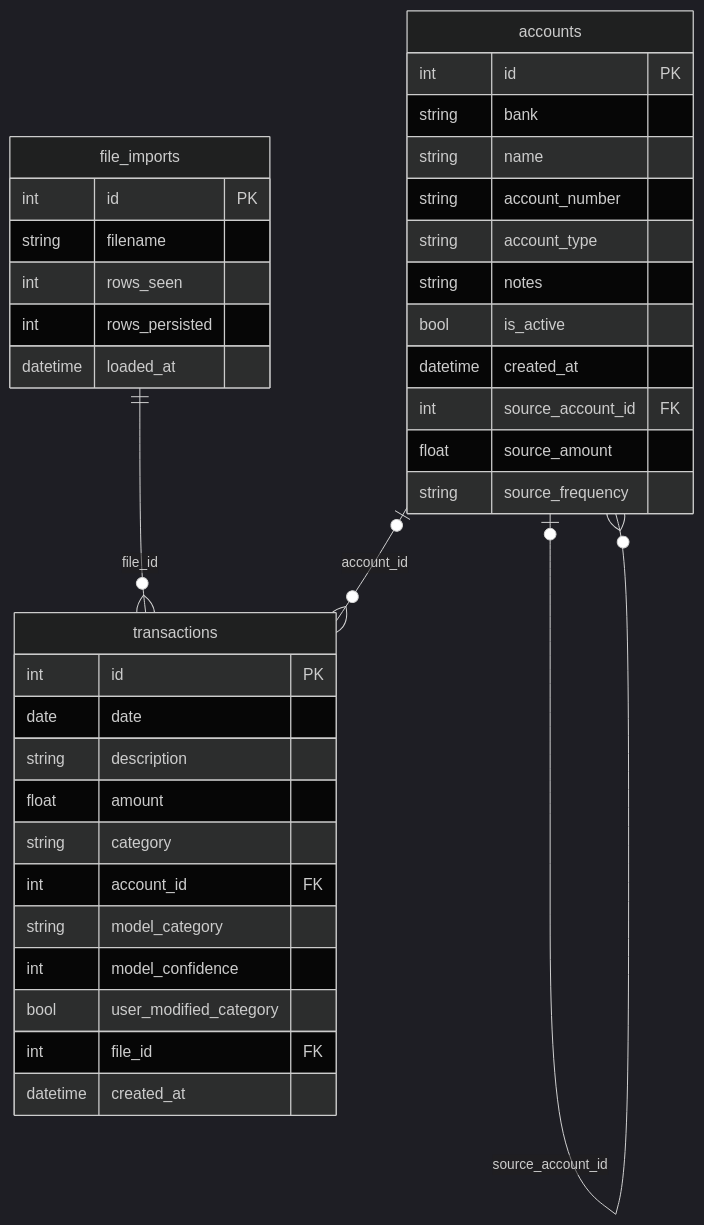
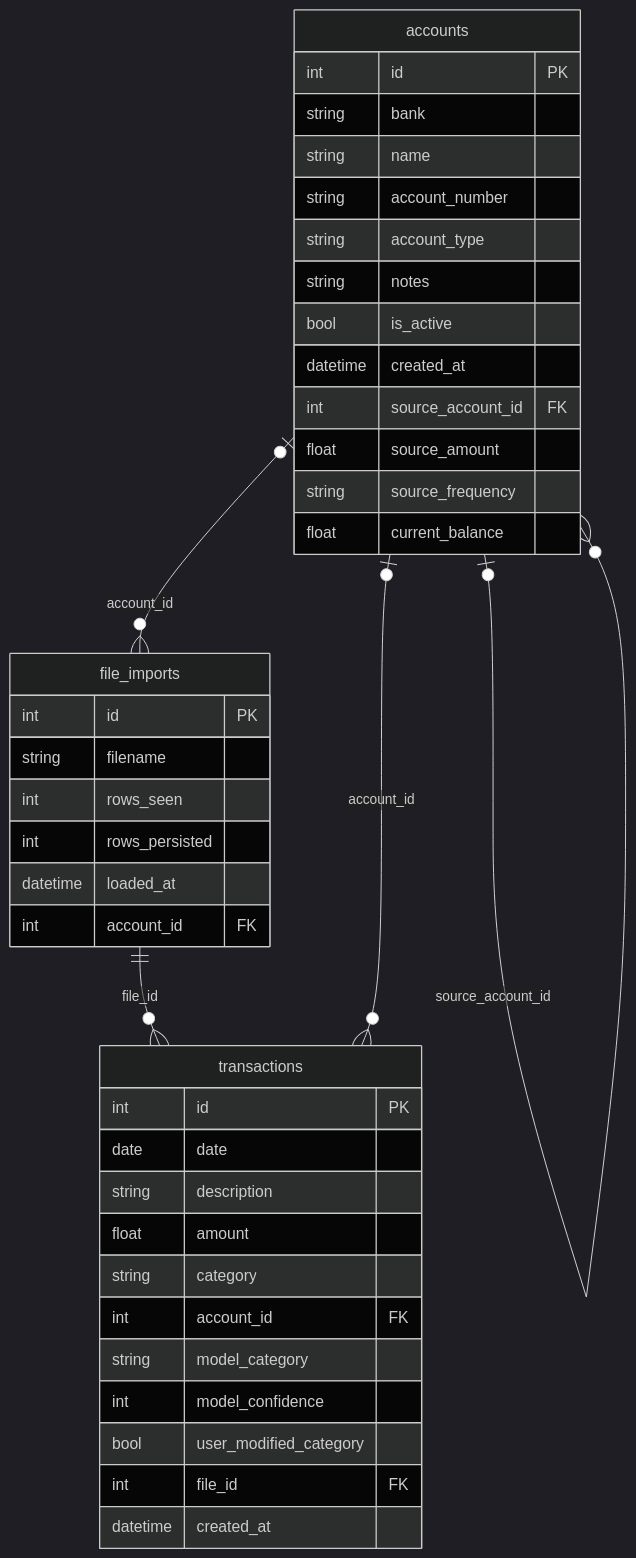
The diagram in README.md (ag-sd/faresight), drawn with Mermaid (dark theme) before and after one commit. The commit also changed 14 other files, not shown here.

````diff
--- a/README.md
+++ b/README.md
@@ -173,42 +173,45 @@
 ```mermaid
 erDiagram
     file_imports {
         int      id           PK
         string   filename
         int      rows_seen
         int      rows_persisted
         datetime loaded_at
+        int      account_id   FK
     }
 
     accounts {
         int      id                 PK
         string   bank
         string   name
         string   account_number
         string   account_type
         string   notes
         bool     is_active
         datetime created_at
         int      source_account_id FK
         float    source_amount
         string   source_frequency
+        float    current_balance
     }
 
     transactions {
         int      id                    PK
         date     date
         string   description
         float    amount
         string   category
         int      account_id            FK
         string   model_category
         int      model_confidence
         bool     user_modified_category
         int      file_id               FK
         datetime created_at
     }
 
     file_imports  ||--o{ transactions : "file_id"
     accounts      |o--o{ transactions : "account_id"
     accounts      |o--o{ accounts     : "source_account_id"
+    accounts      |o--o{ file_imports : "account_id"
 ```
````
